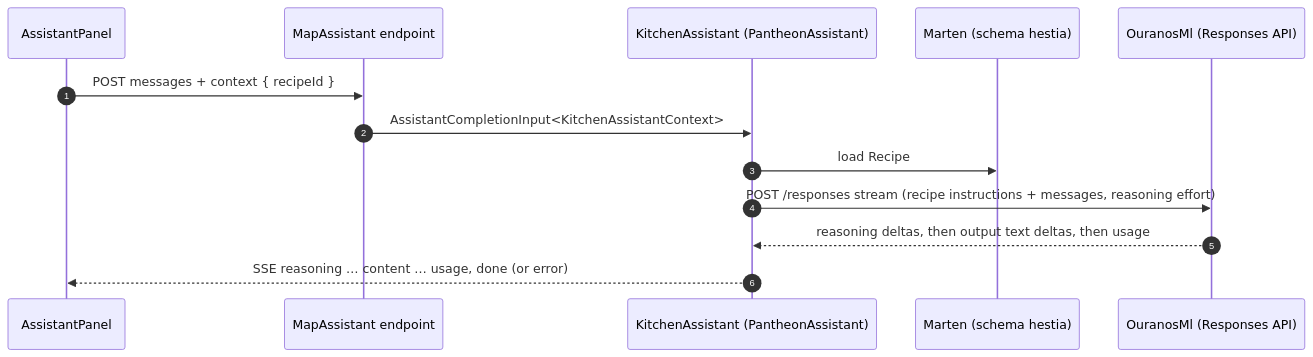
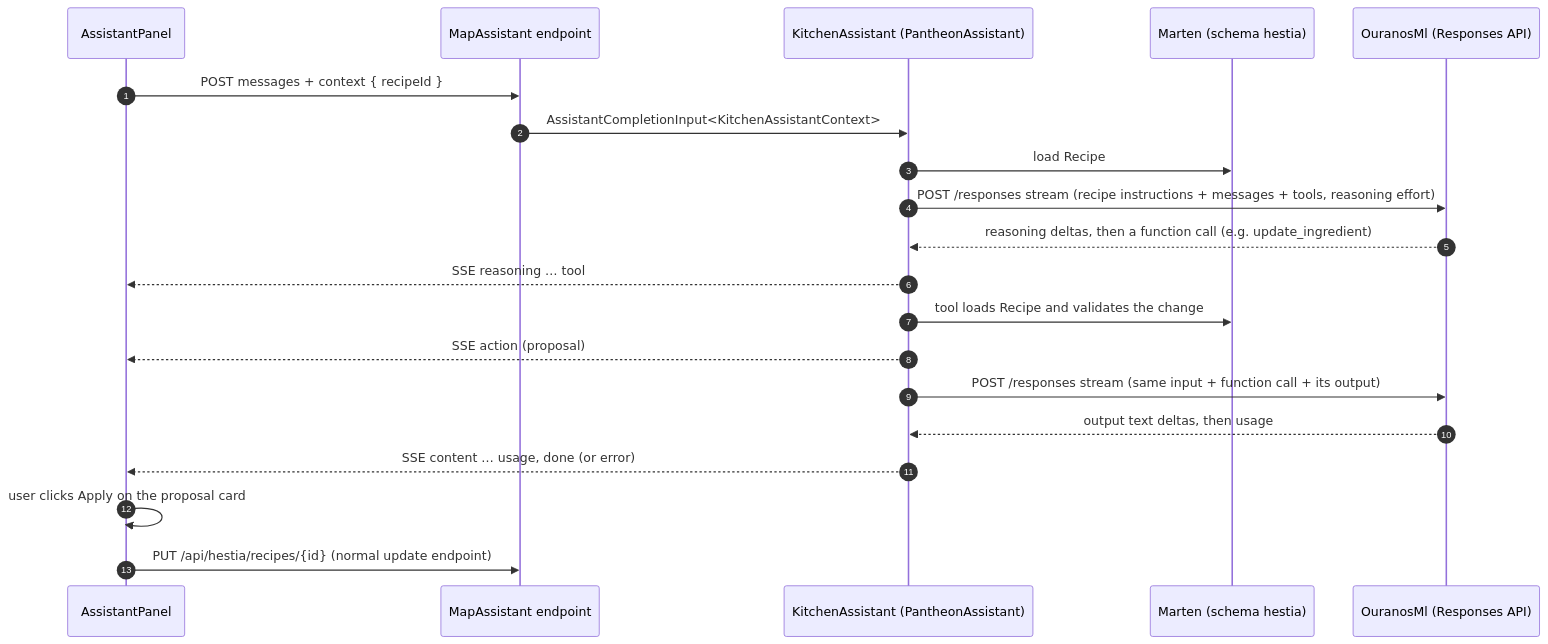
The seventh of 7 diagrams in docs/architecture/06-runtime-view.md (davwales/ouranos-pantheon), drawn with Mermaid before and after one commit. The commit also changed other lines of this file and 37 other files, not shown here.

````diff
--- a/docs/architecture/06-runtime-view.md
+++ b/docs/architecture/06-runtime-view.md
@@ -259,16 +259,23 @@
 ```mermaid
 sequenceDiagram
     autonumber
     participant UI as AssistantPanel
     participant EP as MapAssistant endpoint
     participant A as KitchenAssistant (PantheonAssistant)
     participant ES as Marten (schema hestia)
     participant ML as OuranosMl (Responses API)
 
     UI ->> EP: POST messages + context { recipeId }
     EP ->> A: AssistantCompletionInput<KitchenAssistantContext>
     A ->> ES: load Recipe
-    A ->> ML: POST /responses stream (recipe instructions + messages, reasoning effort)
-    ML -->> A: reasoning deltas, then output text deltas, then usage
-    A -->> UI: SSE reasoning … content … usage, done (or error)
+    A ->> ML: POST /responses stream (recipe instructions + messages + tools, reasoning effort)
+    ML -->> A: reasoning deltas, then a function call (e.g. update_ingredient)
+    A -->> UI: SSE reasoning … tool
+    A ->> ES: tool loads Recipe and validates the change
+    A -->> UI: SSE action (proposal)
+    A ->> ML: POST /responses stream (same input + function call + its output)
+    ML -->> A: output text deltas, then usage
+    A -->> UI: SSE content … usage, done (or error)
+    UI ->> UI: user clicks Apply on the proposal card
+    UI ->> EP: PUT /api/hestia/recipes/{id} (normal update endpoint)
 ```
````
